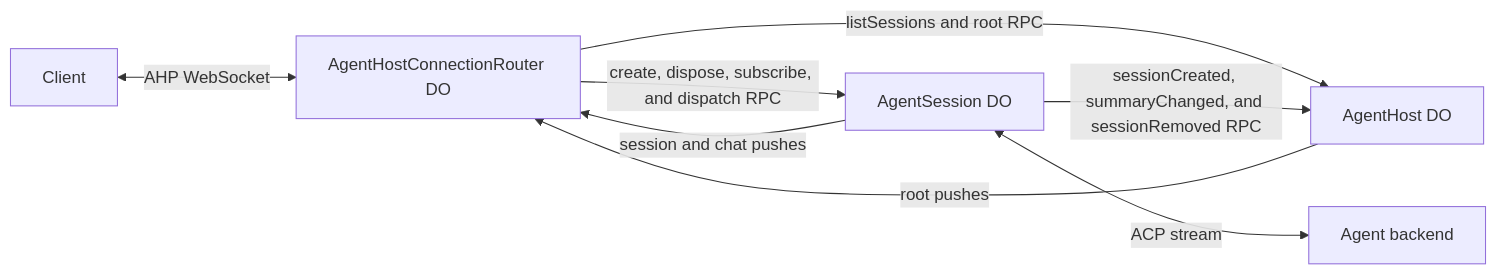
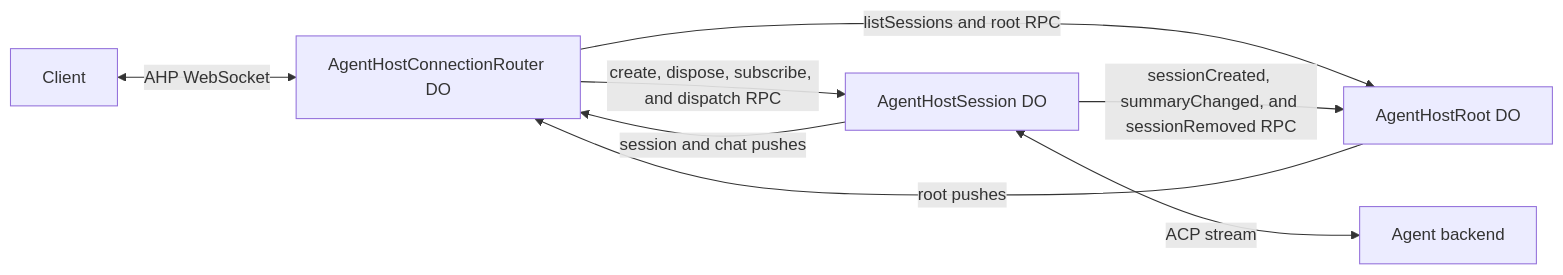
One commit to natewong1313/experiments changed the diagram in apps/agent-host/README.md. Above: the diagram before and after it, drawn with Mermaid. The commit also changed other lines of this file and 7 other files, not shown here.

````diff
--- a/apps/agent-host/README.md
+++ b/apps/agent-host/README.md
@@ -24,10 +24,10 @@
 ```mermaid
 flowchart LR
   Client <-->|AHP WebSocket| Router[AgentHostConnectionRouter DO]
-  Router -->|listSessions and root RPC| Host[AgentHost DO]
-  Router -->|create, dispose, subscribe, and dispatch RPC| Session[AgentSession DO]
+  Router -->|listSessions and root RPC| Host[AgentHostRoot DO]
+  Router -->|create, dispose, subscribe, and dispatch RPC| Session[AgentHostSession DO]
   Host -->|root pushes| Router
   Session -->|session and chat pushes| Router
   Session -->|sessionCreated, summaryChanged, and sessionRemoved RPC| Host
   Session <-->|ACP stream| Backend[Agent backend]
 ```
````
